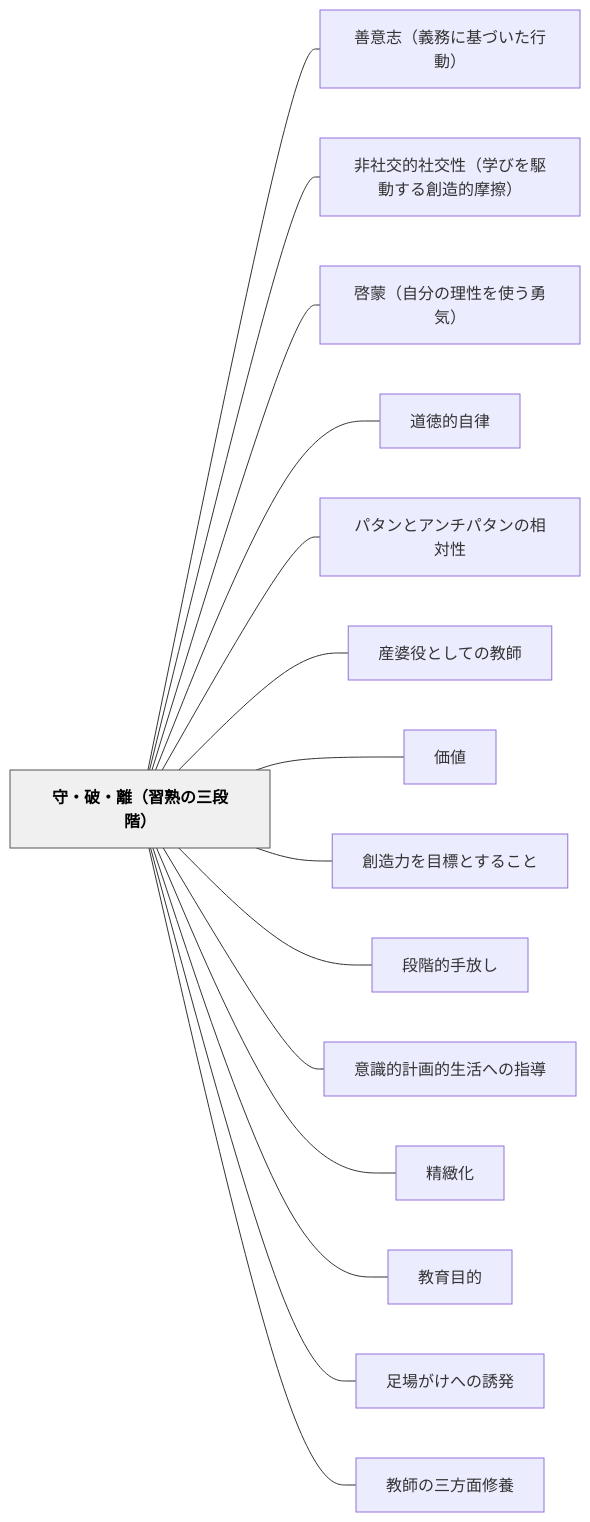
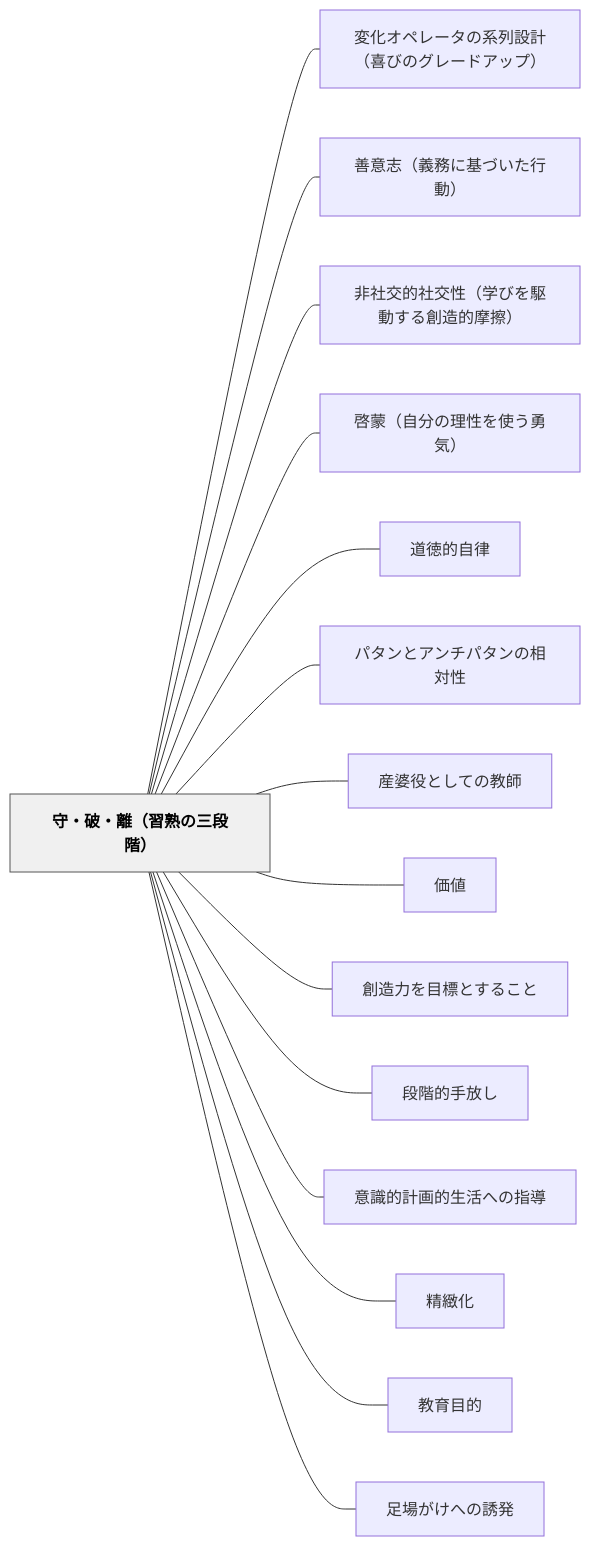
One commit to unknownthings-ed-patterns/unknownthings-ed-patterns changed the diagram in content/パタン/守・破・離（習熟の三段階）.md. Above: the diagram before and after it, drawn with Mermaid. The commit also changed other lines of this file and 5 other files, not shown here.

````diff
--- a/content/パタン/守・破・離（習熟の三段階）.md
+++ b/content/パタン/守・破・離（習熟の三段階）.md
@@ -222,36 +223,36 @@
 ```mermaid
 flowchart LR
     ne5ae88e383bbe7a0b4e383bbe99ba2efbc88e7bf92e7869fe381aee4b889e6aeb5e99a8eefbc89["守・破・離（習熟の三段階）"]
+    ne5a489e58c96e382aae3839ae383ace383bce382bfe381aee7b3bbe58897e8a8ade8a888efbc88e5969ce381b3e381aee382b0e383ace383bce38389e382a2e38383e38397efbc89["変化オペレータの系列設計（喜びのグレードアップ）"]
     ne59684e6848fe5bf97efbc88e7bea9e58b99e381abe59fbae381a5e38184e3819fe8a18ce58b95efbc89["善意志（義務に基づいた行動）"]
     ne99d9ee7a4bee4baa4e79a84e7a4bee4baa4e680a7efbc88e5ada6e381b3e38292e9a786e58b95e38199e3828be589b5e980a0e79a84e691a9e693a6efbc89["非社交的社交性（学びを駆動する創造的摩擦）"]
     ne59593e89299efbc88e887aae58886e381aee79086e680a7e38292e4bdbfe38186e58b87e6b097efbc89["啓蒙（自分の理性を使う勇気）"]
     ne98193e5beb3e79a84e887aae5be8b["道徳的自律"]
     ne38391e382bfe383b3e381a8e382a2e383b3e38381e38391e382bfe383b3e381aee79bb8e5afbee680a7["パタンとアンチパタンの相対性"]
     ne794a3e5a986e5bdb9e381a8e38197e381a6e381aee69599e5b8ab["産婆役としての教師"]
     ne4bea1e580a4["価値"]
     ne589b5e980a0e58a9be38292e79baee6a899e381a8e38199e3828be38193e381a8["創造力を目標とすること"]
     ne6aeb5e99a8ee79a84e6898be694bee38197["段階的手放し"]
     ne6848fe8ad98e79a84e8a888e794bbe79a84e7949fe6b4bbe381b8e381aee68c87e5b08e["意識的計画的生活への指導"]
     ne7b2bee7b7bbe58c96["精緻化"]
     ne69599e882b2e79baee79a84["教育目的"]
     ne8b6b3e5a0b4e3818ce38191e381b8e381aee8aa98e799ba["足場がけへの誘発"]
-    ne69599e5b8abe381aee4b889e696b9e99da2e4bfaee9a48a["教師の三方面修養"]
 
+    ne5ae88e383bbe7a0b4e383bbe99ba2efbc88e7bf92e7869fe381aee4b889e6aeb5e99a8eefbc89 --- ne5a489e58c96e382aae3839ae383ace383bce382bfe381aee7b3bbe58897e8a8ade8a888efbc88e5969ce381b3e381aee382b0e383ace383bce38389e382a2e38383e38397efbc89
     ne5ae88e383bbe7a0b4e383bbe99ba2efbc88e7bf92e7869fe381aee4b889e6aeb5e99a8eefbc89 --- ne59684e6848fe5bf97efbc88e7bea9e58b99e381abe59fbae381a5e38184e3819fe8a18ce58b95efbc89
     ne5ae88e383bbe7a0b4e383bbe99ba2efbc88e7bf92e7869fe381aee4b889e6aeb5e99a8eefbc89 --- ne99d9ee7a4bee4baa4e79a84e7a4bee4baa4e680a7efbc88e5ada6e381b3e38292e9a786e58b95e38199e3828be589b5e980a0e79a84e691a9e693a6efbc89
     ne5ae88e383bbe7a0b4e383bbe99ba2efbc88e7bf92e7869fe381aee4b889e6aeb5e99a8eefbc89 --- ne59593e89299efbc88e887aae58886e381aee79086e680a7e38292e4bdbfe38186e58b87e6b097efbc89
     ne5ae88e383bbe7a0b4e383bbe99ba2efbc88e7bf92e7869fe381aee4b889e6aeb5e99a8eefbc89 --- ne98193e5beb3e79a84e887aae5be8b
     ne5ae88e383bbe7a0b4e383bbe99ba2efbc88e7bf92e7869fe381aee4b889e6aeb5e99a8eefbc89 --- ne38391e382bfe383b3e381a8e382a2e383b3e38381e38391e382bfe383b3e381aee79bb8e5afbee680a7
     ne5ae88e383bbe7a0b4e383bbe99ba2efbc88e7bf92e7869fe381aee4b889e6aeb5e99a8eefbc89 --- ne794a3e5a986e5bdb9e381a8e38197e381a6e381aee69599e5b8ab
     ne5ae88e383bbe7a0b4e383bbe99ba2efbc88e7bf92e7869fe381aee4b889e6aeb5e99a8eefbc89 --- ne4bea1e580a4
     ne5ae88e383bbe7a0b4e383bbe99ba2efbc88e7bf92e7869fe381aee4b889e6aeb5e99a8eefbc89 --- ne589b5e980a0e58a9be38292e79baee6a899e381a8e38199e3828be38193e381a8
     ne5ae88e383bbe7a0b4e383bbe99ba2efbc88e7bf92e7869fe381aee4b889e6aeb5e99a8eefbc89 --- ne6aeb5e99a8ee79a84e6898be694bee38197
     ne5ae88e383bbe7a0b4e383bbe99ba2efbc88e7bf92e7869fe381aee4b889e6aeb5e99a8eefbc89 --- ne6848fe8ad98e79a84e8a888e794bbe79a84e7949fe6b4bbe381b8e381aee68c87e5b08e
     ne5ae88e383bbe7a0b4e383bbe99ba2efbc88e7bf92e7869fe381aee4b889e6aeb5e99a8eefbc89 --- ne7b2bee7b7bbe58c96
     ne5ae88e383bbe7a0b4e383bbe99ba2efbc88e7bf92e7869fe381aee4b889e6aeb5e99a8eefbc89 --- ne69599e882b2e79baee79a84
     ne5ae88e383bbe7a0b4e383bbe99ba2efbc88e7bf92e7869fe381aee4b889e6aeb5e99a8eefbc89 --- ne8b6b3e5a0b4e3818ce38191e381b8e381aee8aa98e799ba
-    ne5ae88e383bbe7a0b4e383bbe99ba2efbc88e7bf92e7869fe381aee4b889e6aeb5e99a8eefbc89 --- ne69599e5b8abe381aee4b889e696b9e99da2e4bfaee9a48a
 
     classDef hub fill:#f0f0f0,stroke:#555,color:#000,font-weight:bold
     class ne5ae88e383bbe7a0b4e383bbe99ba2efbc88e7bf92e7869fe381aee4b889e6aeb5e99a8eefbc89 hub
 ```
````
